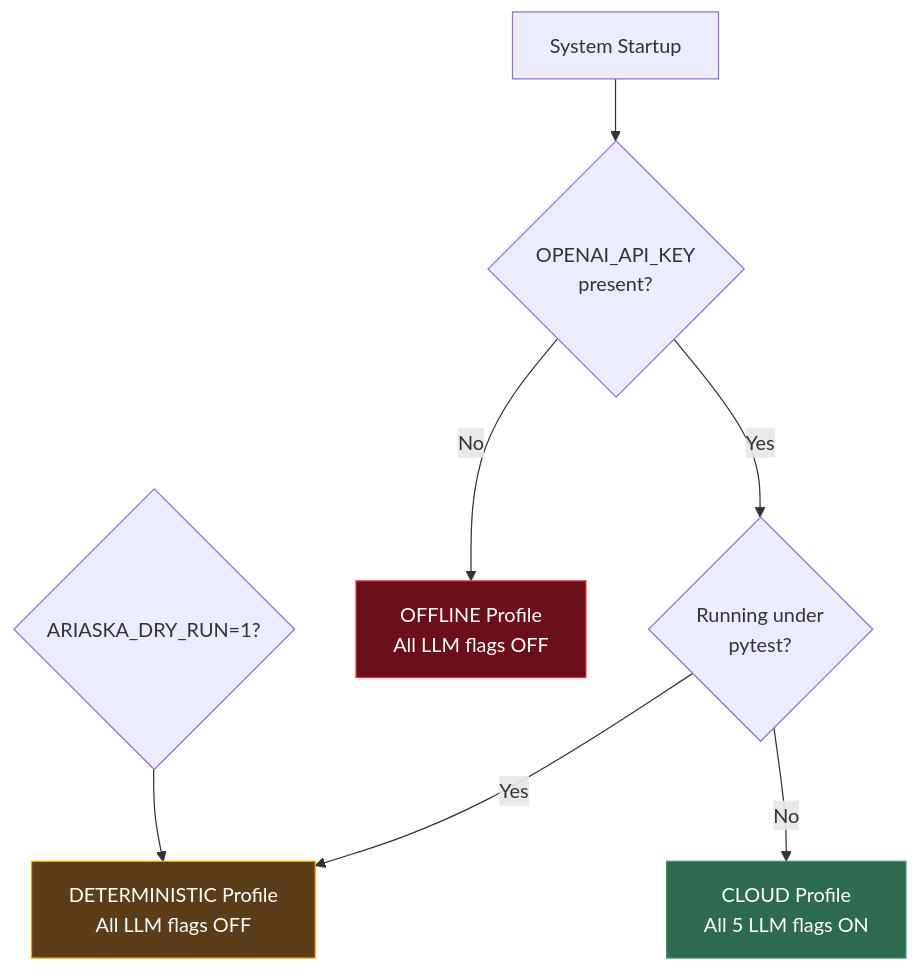
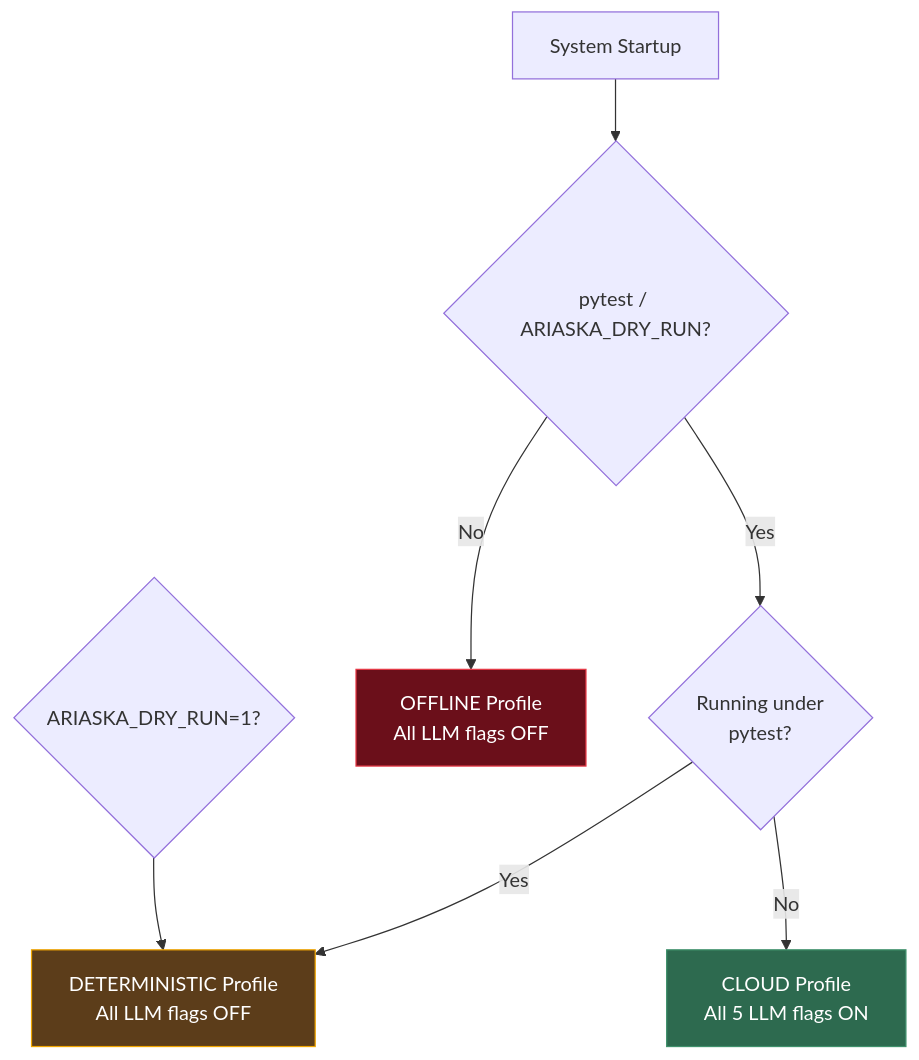
Before and after one commit to Reckless98/Ariaska_RL: diagram 17 of 19 in README.md, drawn with Mermaid. The commit also changed other lines of this file and 17 other files, not shown here.

````diff
--- a/README.md
+++ b/README.md
@@ -1175,14 +1230,14 @@
 ```mermaid
 graph TD
-    START["System Startup"] --> CHECK{"OPENAI_API_KEY<br/>present?"}
+    START["System Startup"] --> CHECK{"pytest / ARIASKA_DRY_RUN?"}
     CHECK -->|Yes| PYTEST{"Running under<br/>pytest?"}
     CHECK -->|No| OFFLINE["OFFLINE Profile<br/>All LLM flags OFF"]
     PYTEST -->|Yes| DET["DETERMINISTIC Profile<br/>All LLM flags OFF"]
     PYTEST -->|No| CLOUD["CLOUD Profile<br/>All 5 LLM flags ON"]
     
     DRY{"ARIASKA_DRY_RUN=1?"} --> DET
     
     style CLOUD fill:#2d6a4f,stroke:#40916c,color:#fff
     style DET fill:#5c3d1a,stroke:#f0a500,color:#fff
     style OFFLINE fill:#6b0f1a,stroke:#e63946,color:#fff
 ```
````
